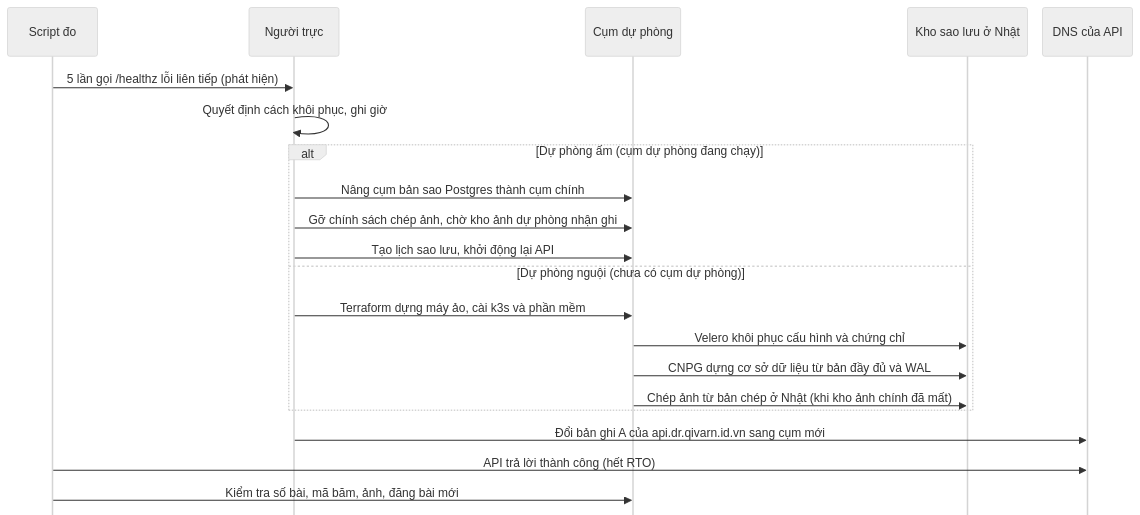
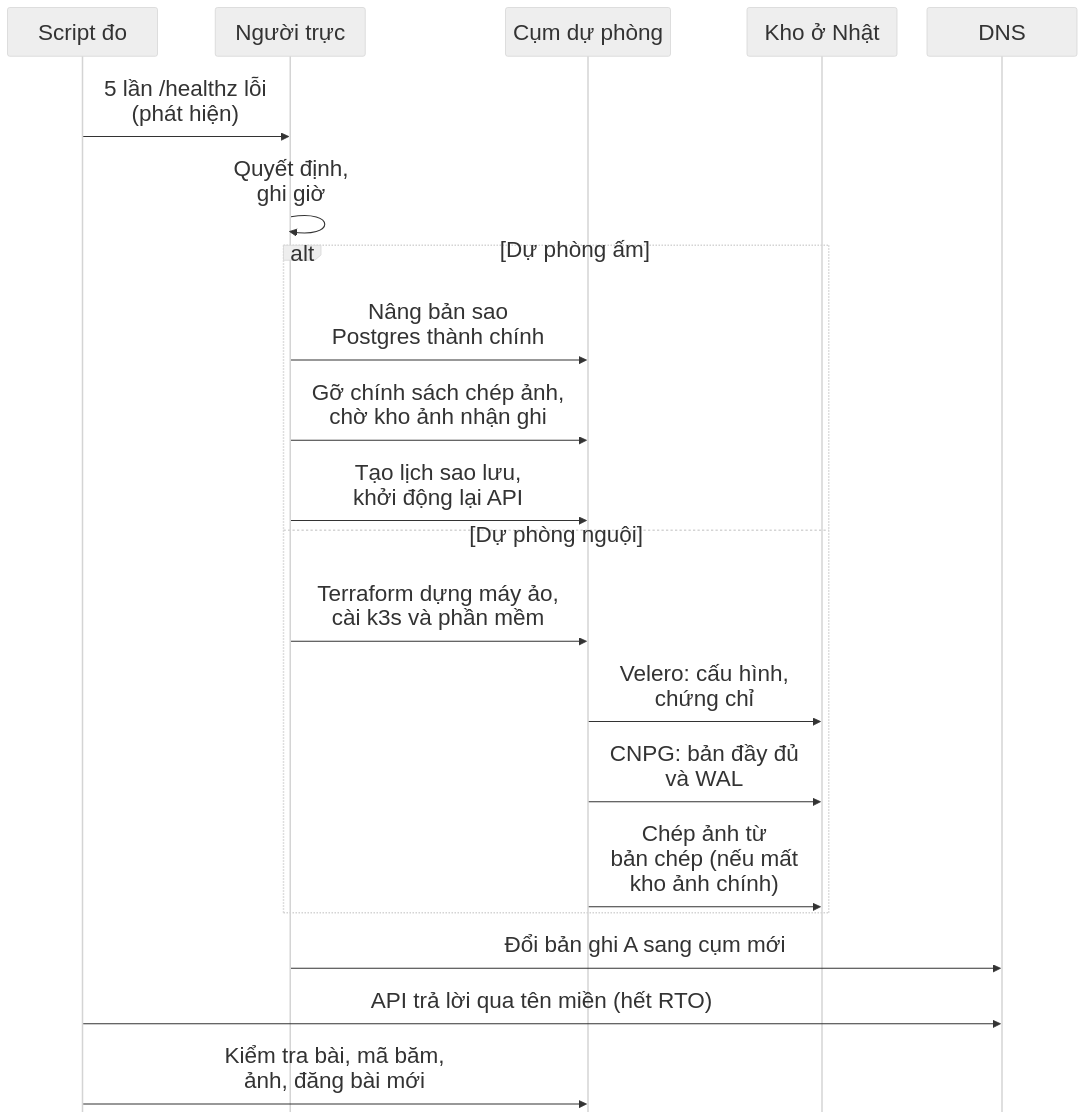
One commit to qivarnq3g/cloud-native-disaster-recovery changed the diagram in docs/bao-cao/hinh/trinh-tu.mmd. Above: the diagram before and after it, drawn with Mermaid. The commit also changed 7 other files, not shown here.

```diff
--- a/docs/bao-cao/hinh/trinh-tu.mmd
+++ b/docs/bao-cao/hinh/trinh-tu.mmd
@@ -1,22 +1,22 @@
-%%{init: {"theme":"neutral","themeVariables":{"fontFamily":"Times New Roman","fontSize":"22px"},"sequence":{"mirrorActors":false,"messageFontSize":22,"actorFontSize":22,"noteFontSize":22,"actorMargin":20,"width":120,"boxMargin":6,"messageMargin":30}}}%%
+%%{init: {"theme":"neutral","fontSize":30,"themeVariables":{"fontFamily":"Times New Roman","fontSize":"30px"},"sequence":{"mirrorActors":false,"messageFontSize":30,"actorFontSize":30,"noteFontSize":30,"actorMargin":40,"width":200,"boxMargin":8,"messageMargin":34}}}%%
 sequenceDiagram
     participant D as Script đo
     participant Q as Người trực
     participant S as Cụm dự phòng
-    participant B as Kho sao lưu ở Nhật
-    participant N as DNS của API
-    D->>Q: 5 lần gọi /healthz lỗi liên tiếp (phát hiện)
-    Q->>Q: Quyết định cách khôi phục, ghi giờ
-    alt Dự phòng ấm (cụm dự phòng đang chạy)
-        Q->>S: Nâng cụm bản sao Postgres thành cụm chính
-        Q->>S: Gỡ chính sách chép ảnh, chờ kho ảnh dự phòng nhận ghi
-        Q->>S: Tạo lịch sao lưu, khởi động lại API
-    else Dự phòng nguội (chưa có cụm dự phòng)
-        Q->>S: Terraform dựng máy ảo, cài k3s và phần mềm
-        S->>B: Velero khôi phục cấu hình và chứng chỉ
-        S->>B: CNPG dựng cơ sở dữ liệu từ bản đầy đủ và WAL
-        S->>B: Chép ảnh từ bản chép ở Nhật (khi kho ảnh chính đã mất)
+    participant B as Kho ở Nhật
+    participant N as DNS
+    D->>Q: 5 lần /healthz lỗi<br/>(phát hiện)
+    Q->>Q: Quyết định,<br/>ghi giờ
+    alt Dự phòng ấm
+        Q->>S: Nâng bản sao<br/>Postgres thành chính
+        Q->>S: Gỡ chính sách chép ảnh,<br/>chờ kho ảnh nhận ghi
+        Q->>S: Tạo lịch sao lưu,<br/>khởi động lại API
+    else Dự phòng nguội
+        Q->>S: Terraform dựng máy ảo,<br/>cài k3s và phần mềm
+        S->>B: Velero: cấu hình,<br/>chứng chỉ
+        S->>B: CNPG: bản đầy đủ<br/>và WAL
+        S->>B: Chép ảnh từ<br/>bản chép (nếu mất<br/>kho ảnh chính)
     end
-    Q->>N: Đổi bản ghi A của api.dr.qivarn.id.vn sang cụm mới
-    D->>N: API trả lời thành công (hết RTO)
-    D->>S: Kiểm tra số bài, mã băm, ảnh, đăng bài mới
+    Q->>N: Đổi bản ghi A sang cụm mới
+    D->>N: API trả lời qua tên miền (hết RTO)
+    D->>S: Kiểm tra bài, mã băm,<br/>ảnh, đăng bài mới
```
